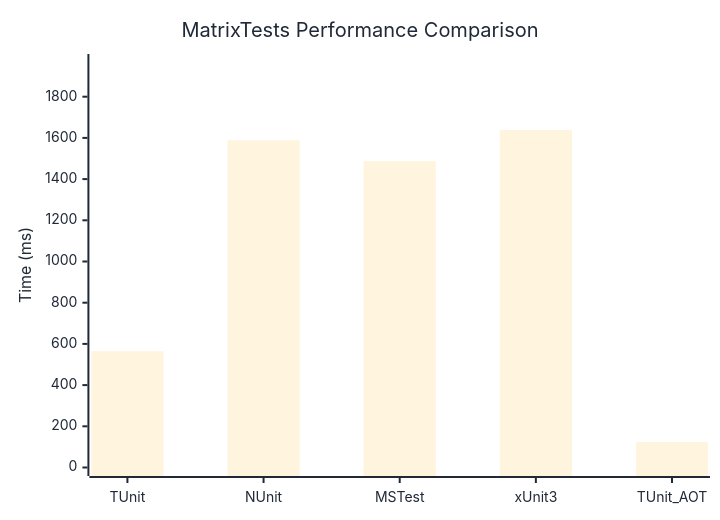
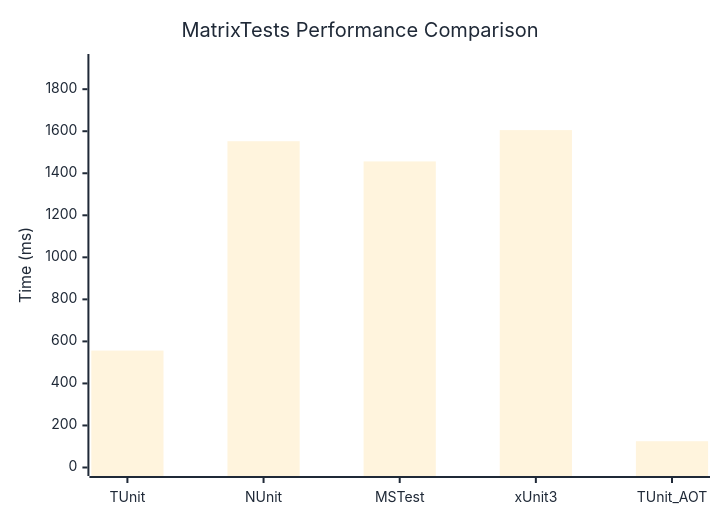
The diagram in docs/docs/benchmarks/MatrixTests.md (thomhurst/TUnit), drawn with Mermaid before and after one commit. The commit also changed other lines of this file and 17 other files, not shown here.

````diff
--- a/docs/docs/benchmarks/MatrixTests.md
+++ b/docs/docs/benchmarks/MatrixTests.md
@@ -27,37 +27,37 @@
 ```mermaid
 %%{init: {
   'theme':'base',
   'themeVariables': {
     'primaryColor': '#2563eb',
     'primaryTextColor': '#1f2937',
     'primaryBorderColor': '#1e40af',
     'lineColor': '#6b7280',
     'secondaryColor': '#7c3aed',
     'tertiaryColor': '#dc2626',
     'background': '#ffffff',
     'mainBkg': '#2563eb',
     'secondBkg': '#7c3aed',
     'tertiaryBkg': '#dc2626',
     'clusterBkg': '#f3f4f6',
     'edgeLabelBackground': '#ffffff',
     'tertiaryTextColor': '#1f2937',
     'pie1': '#2563eb',
     'pie2': '#7c3aed',
     'pie3': '#dc2626',
     'pie4': '#f59e0b',
     'pie5': '#10b981',
     'pie6': '#06b6d4',
     'pie7': '#ec4899',
     'pie8': '#6366f1',
     'pie9': '#84cc16',
     'pie10': '#f97316',
     'pie11': '#14b8a6',
     'pie12': '#a855f7'
   }
 }}%%
 xychart-beta
   title "MatrixTests Performance Comparison"
   x-axis ["TUnit", "NUnit", "MSTest", "xUnit3", "TUnit_AOT"]
-  y-axis "Time (ms)" 0 --> 1966
-  bar [564.5, 1588.5, 1486.9, 1638.3, 124.1]
+  y-axis "Time (ms)" 0 --> 1927
+  bar [556.3, 1552.5, 1456.3, 1605.4, 125]
 ```
````
